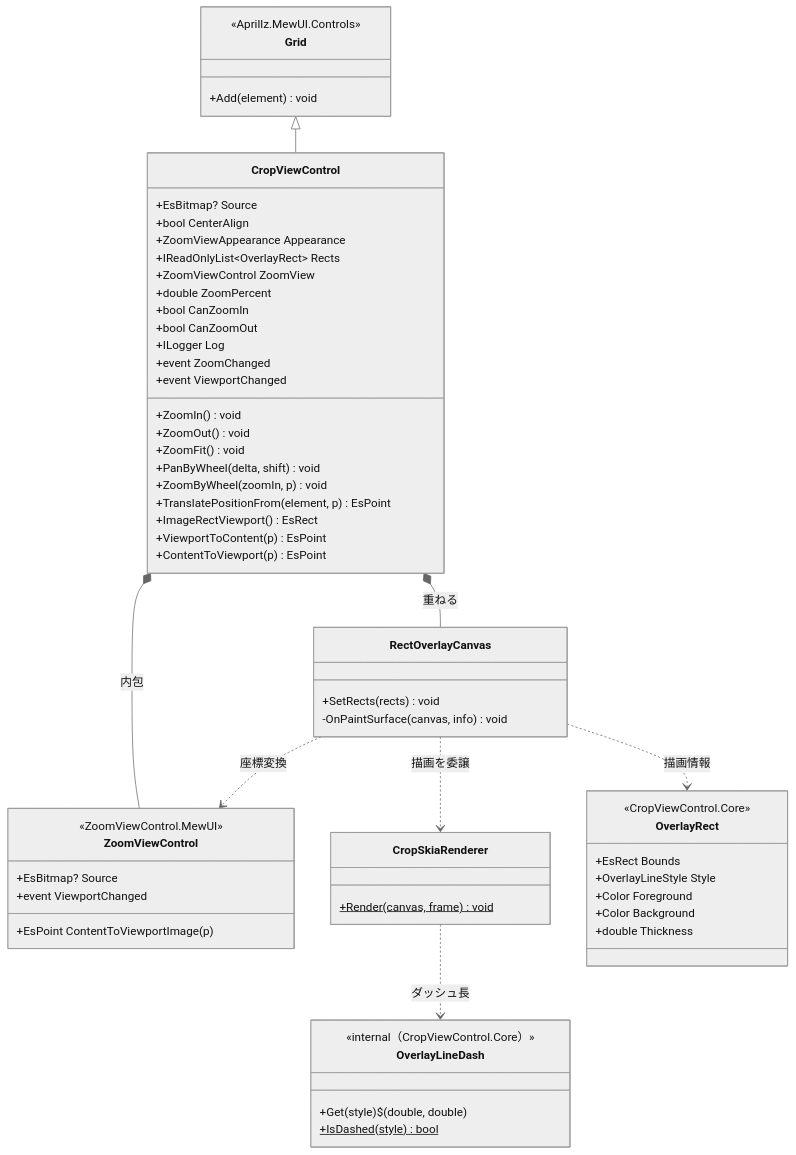
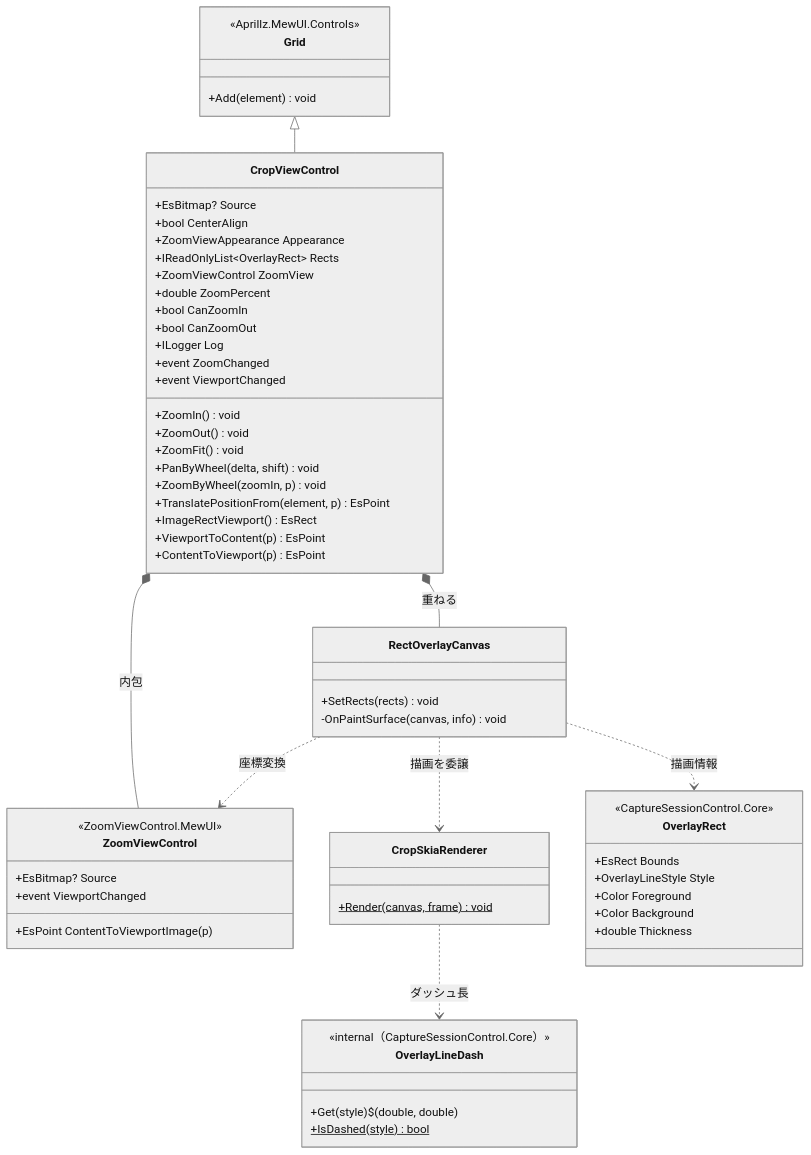
The first of 2 diagrams in src/CropViewControl.MewUI/SPEC_System.md (tomokuni/SaveEvidence), drawn with Mermaid (neutral theme) before and after one commit. The commit also changed other lines of this file and 19 other files, not shown here.

````diff
--- a/src/CropViewControl.MewUI/SPEC_System.md
+++ b/src/CropViewControl.MewUI/SPEC_System.md
@@ -79,63 +79,63 @@
 ```mermaid
 classDiagram
     class Grid {
         <<Aprillz.MewUI.Controls>>
         +Add(element) void
     }
     class CropViewControl {
         +EsBitmap? Source
         +bool CenterAlign
         +ZoomViewAppearance Appearance
         +IReadOnlyList~OverlayRect~ Rects
         +ZoomViewControl ZoomView
         +double ZoomPercent
         +bool CanZoomIn
         +bool CanZoomOut
         +ILogger Log
         +ZoomIn() void
         +ZoomOut() void
         +ZoomFit() void
         +PanByWheel(delta, shift) void
         +ZoomByWheel(zoomIn, p) void
         +TranslatePositionFrom(element, p) EsPoint
         +ImageRectViewport() EsRect
         +ViewportToContent(p) EsPoint
         +ContentToViewport(p) EsPoint
         +event ZoomChanged
         +event ViewportChanged
     }
     class RectOverlayCanvas {
         +SetRects(rects) void
         -OnPaintSurface(canvas, info) void
     }
     class CropSkiaRenderer {
         +Render(canvas, frame)$ void
     }
     class ZoomViewControl {
         <<ZoomViewControl.MewUI>>
         +EsBitmap? Source
         +EsPoint ContentToViewportImage(p)
         +event ViewportChanged
     }
     class OverlayRect {
-        <<CropViewControl.Core>>
+        <<CaptureSessionControl.Core>>
         +EsRect Bounds
         +OverlayLineStyle Style
         +Color Foreground
         +Color Background
         +double Thickness
     }
     class OverlayLineDash {
-        <<internal（CropViewControl.Core）>>
+        <<internal（CaptureSessionControl.Core）>>
         +Get(style)$ (double, double)
         +IsDashed(style)$ bool
     }
 
     Grid <|-- CropViewControl
     CropViewControl *-- ZoomViewControl : 内包
     CropViewControl *-- RectOverlayCanvas : 重ねる
     RectOverlayCanvas ..> ZoomViewControl : 座標変換
     RectOverlayCanvas ..> CropSkiaRenderer : 描画を委譲
     CropSkiaRenderer ..> OverlayLineDash : ダッシュ長
     RectOverlayCanvas ..> OverlayRect : 描画情報
 ```
````
